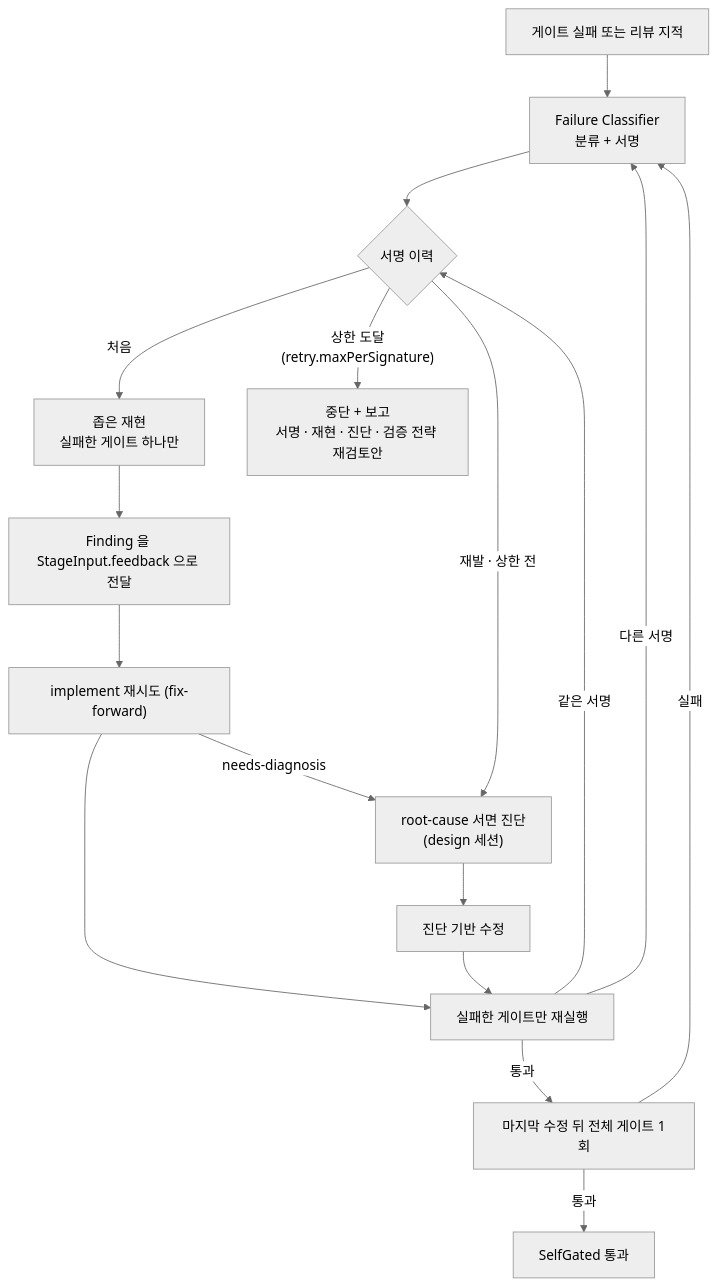
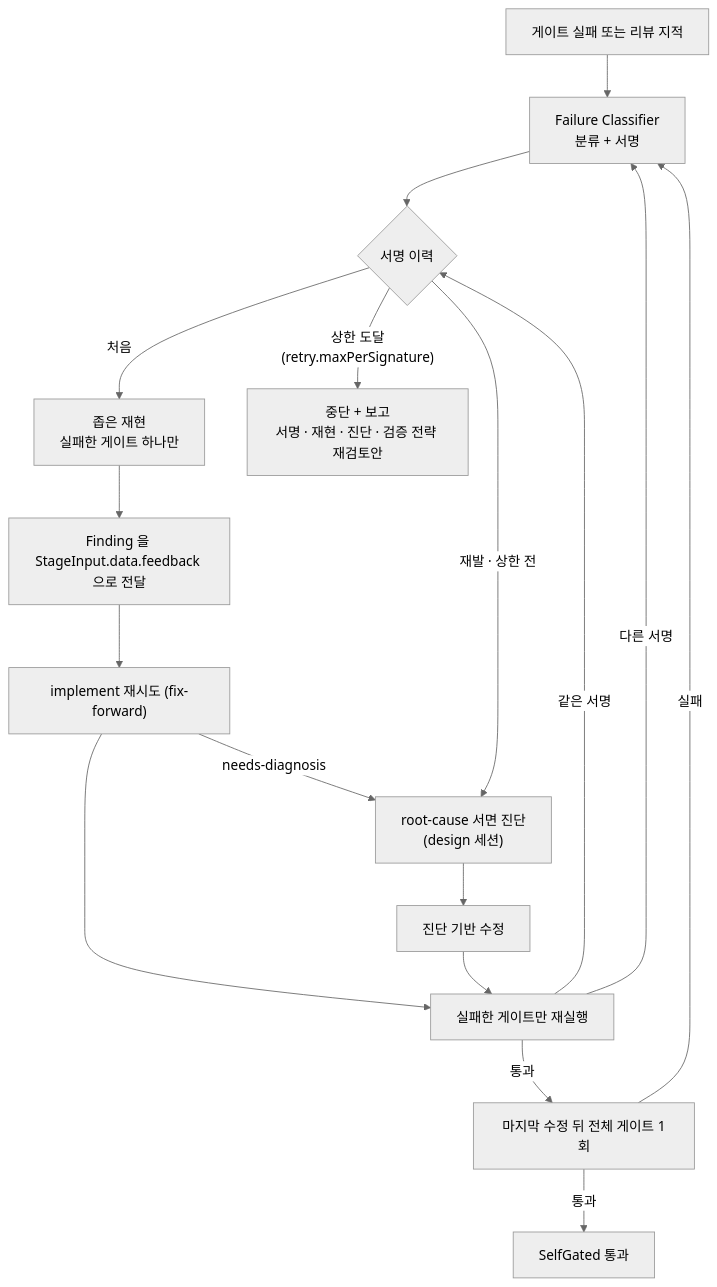
The fourth of 4 diagrams in docs/spec.md (Seungwoo321/forge-harness), drawn with Mermaid (neutral theme) before and after one commit. The commit also changed other lines of this file and 69 other files, not shown here.

````diff
--- a/docs/spec.md
+++ b/docs/spec.md
@@ -487,19 +512,19 @@
 ```mermaid
 flowchart TB
     F["게이트 실패 또는 리뷰 지적"] --> C["Failure Classifier<br/>분류 + 서명"]
     C --> D{"서명 이력"}
     D -- "처음" --> R1["좁은 재현<br/>실패한 게이트 하나만"]
-    R1 --> FB["Finding 을 StageInput.feedback 으로 전달"]
+    R1 --> FB["Finding 을 StageInput.data.feedback 으로 전달"]
     FB --> IMP["implement 재시도 (fix-forward)"]
     IMP -- "needs-diagnosis" --> RC
     D -- "재발 · 상한 전" --> RC["root-cause 서면 진단<br/>(design 세션)"]
     RC --> IMP2["진단 기반 수정"]
     D -- "상한 도달<br/>(retry.maxPerSignature)" --> STOP["중단 + 보고<br/>서명 · 재현 · 진단 · 검증 전략 재검토안"]
     IMP --> RG["실패한 게이트만 재실행"]
     IMP2 --> RG
     RG -- "통과" --> FULL["마지막 수정 뒤 전체 게이트 1회"]
     RG -- "같은 서명" --> D
     RG -- "다른 서명" --> C
     FULL -- "실패" --> C
     FULL -- "통과" --> OK["SelfGated 통과"]
 ```
````
